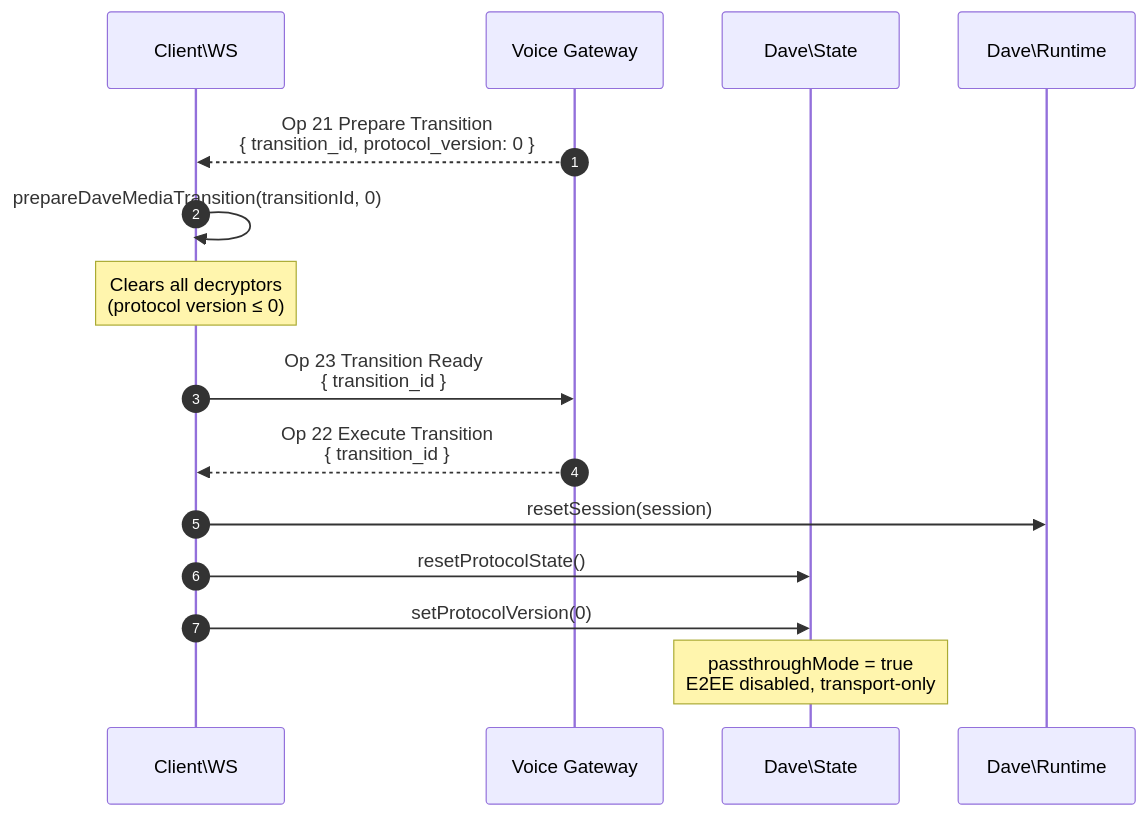
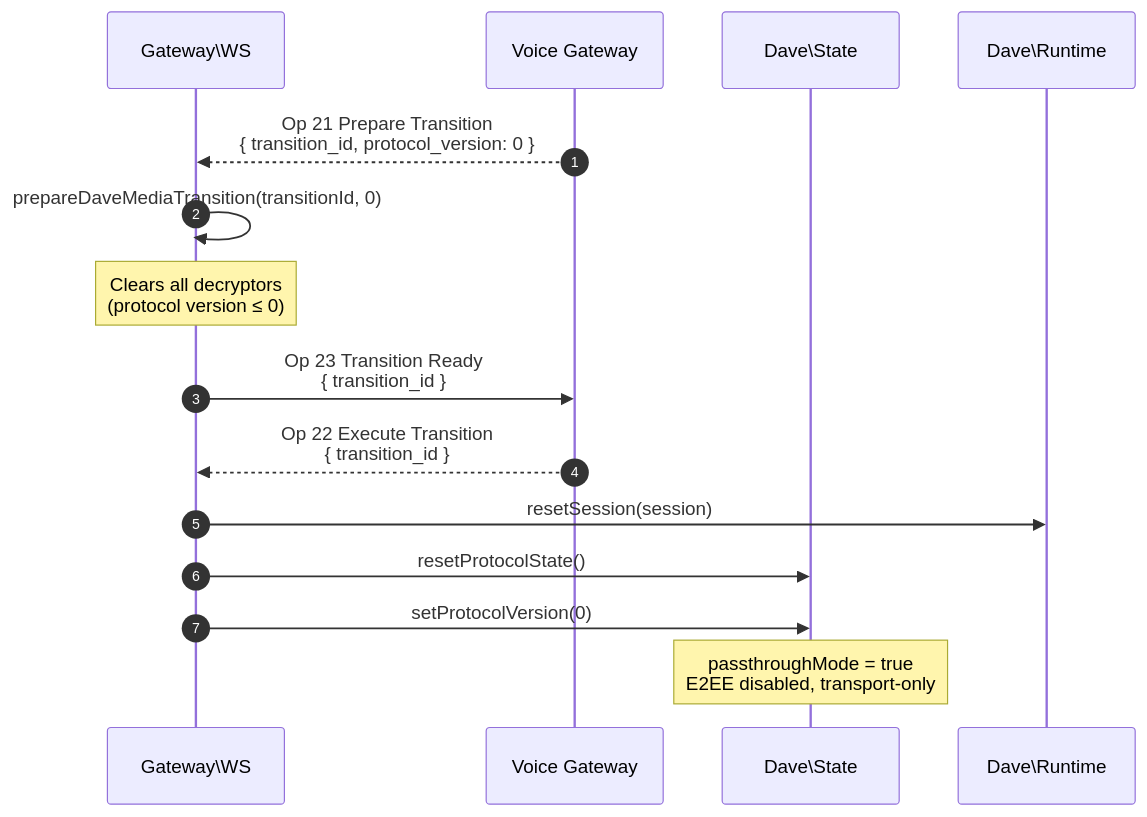
Before and after one commit to discord-php/DiscordPHP-Voice: the sixth of 10 diagrams in docs/DAVE.md, drawn with Mermaid. The commit also changed other lines of this file and 73 other files, not shown here.

````diff
--- a/docs/DAVE.md
+++ b/docs/DAVE.md
@@ -258,19 +258,19 @@
 ```mermaid
 sequenceDiagram
     autonumber
-    participant WS as Client\WS
+    participant WS as Gateway\WS
     participant GW as Voice Gateway
     participant ST as Dave\State
     participant RT as Dave\Runtime
 
     GW-->>WS: Op 21 Prepare Transition<br/>{ transition_id, protocol_version: 0 }
     WS->>WS: prepareDaveMediaTransition(transitionId, 0)
     Note over WS: Clears all decryptors<br/>(protocol version ≤ 0)
     WS->>GW: Op 23 Transition Ready<br/>{ transition_id }
 
     GW-->>WS: Op 22 Execute Transition<br/>{ transition_id }
     WS->>RT: resetSession(session)
     WS->>ST: resetProtocolState()
     WS->>ST: setProtocolVersion(0)
     Note over ST: passthroughMode = true<br/>E2EE disabled, transport-only
 ```
````
